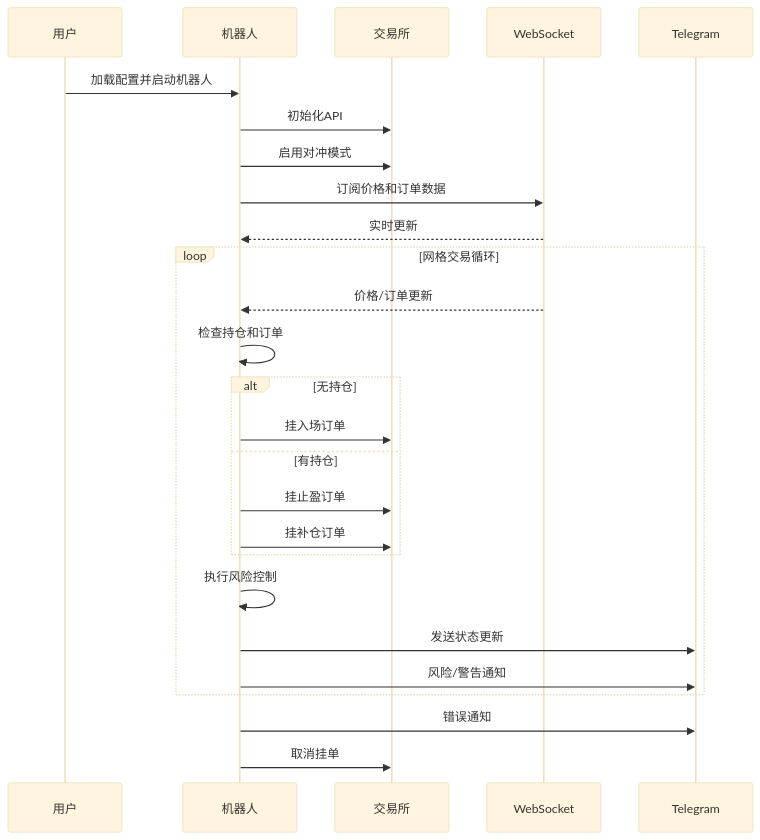
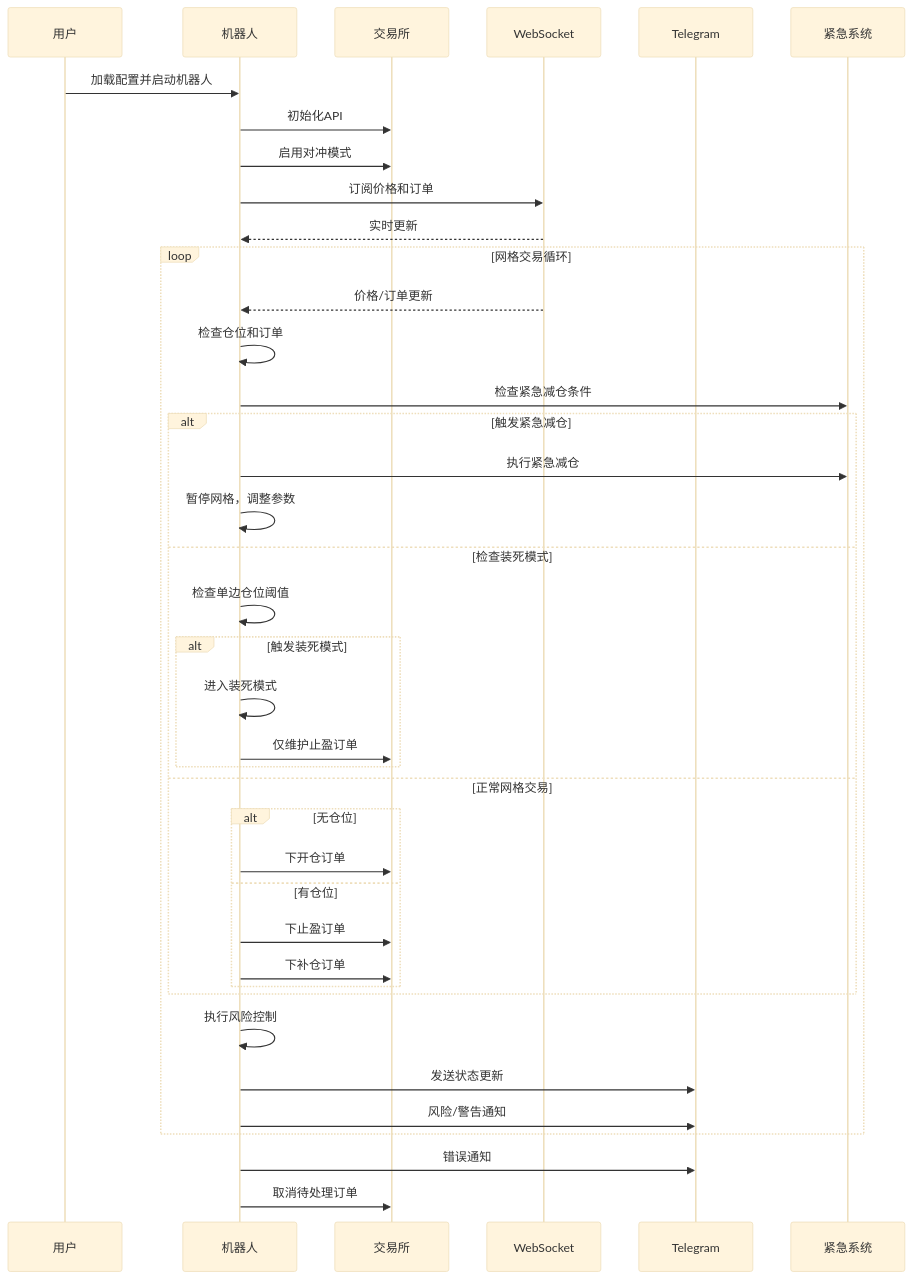
Before and after one commit to aoooeg/AS-Grid: the fourth of 4 diagrams in docs/README_ZN.md, drawn with Mermaid (base theme). The commit also changed other lines of this file and 2 other files, not shown here.

````diff
--- a/docs/README_ZN.md
+++ b/docs/README_ZN.md
@@ -173,31 +196,44 @@
 ```mermaid
 sequenceDiagram
     participant User as 用户
     participant Bot as 机器人
     participant Exchange as 交易所
     participant WS as WebSocket
     participant TG as Telegram
+    participant EMG as 紧急系统
 
     User->>Bot: 加载配置并启动机器人
     Bot->>Exchange: 初始化API
     Bot->>Exchange: 启用对冲模式
-    Bot->>WS: 订阅价格和订单数据
+    Bot->>WS: 订阅价格和订单
     WS-->>Bot: 实时更新
 
     loop 网格交易循环
         WS-->>Bot: 价格/订单更新
-        Bot->>Bot: 检查持仓和订单
-        alt 无持仓
-            Bot->>Exchange: 挂入场订单
-        else 有持仓
-            Bot->>Exchange: 挂止盈订单
-            Bot->>Exchange: 挂补仓订单
+        Bot->>Bot: 检查仓位和订单
+        Bot->>EMG: 检查紧急减仓条件
+        alt 触发紧急减仓
+            Bot->>EMG: 执行紧急减仓
+            Bot->>Bot: 暂停网格，调整参数
+        else 检查装死模式
+            Bot->>Bot: 检查单边仓位阈值
+            alt 触发装死模式
+                Bot->>Bot: 进入装死模式
+                Bot->>Exchange: 仅维护止盈订单
+            end
+        else 正常网格交易
+            alt 无仓位
+                Bot->>Exchange: 下开仓订单
+            else 有仓位
+                Bot->>Exchange: 下止盈订单
+                Bot->>Exchange: 下补仓订单
+            end
         end
         Bot->>Bot: 执行风险控制
         Bot->>TG: 发送状态更新
         Bot->>TG: 风险/警告通知
     end
 
     Bot->>TG: 错误通知
-    Bot->>Exchange: 取消挂单
+    Bot->>Exchange: 取消待处理订单
 ```
````
